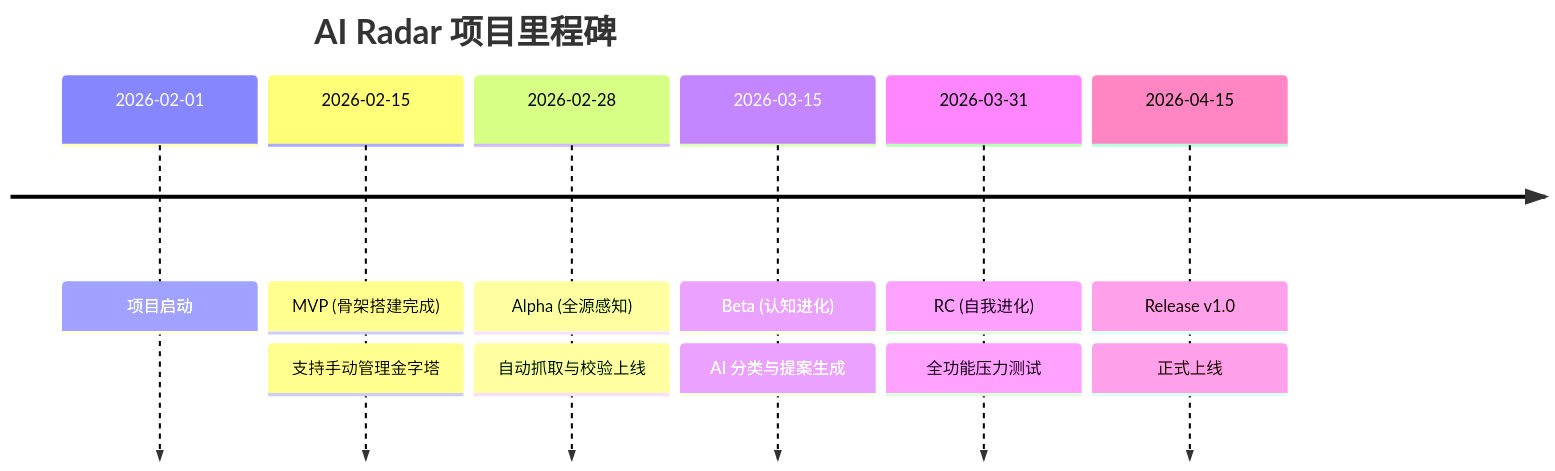
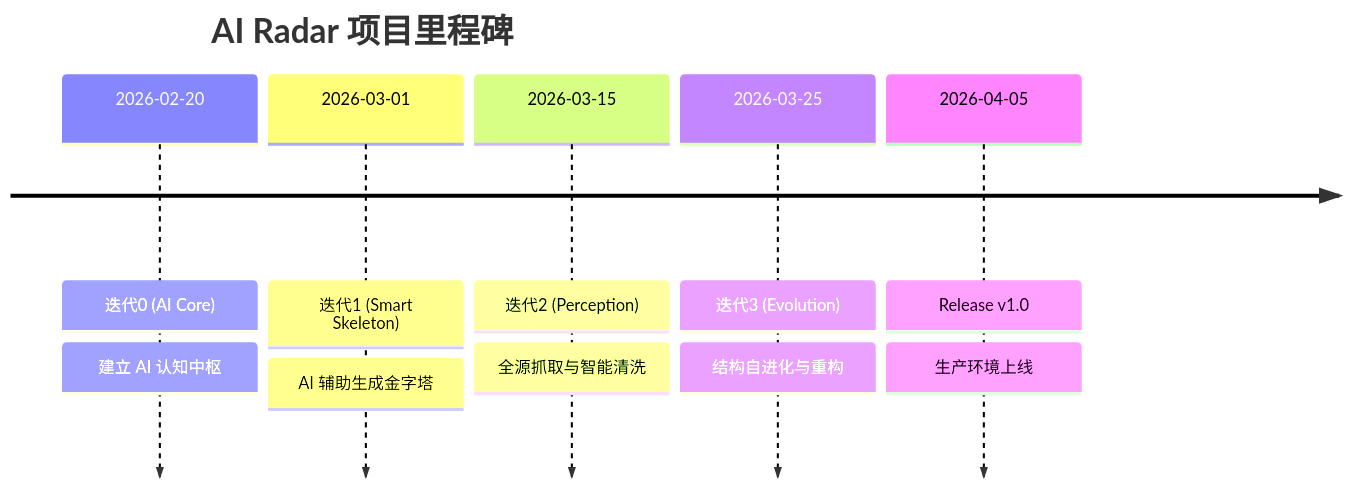
One commit to demo112/knowledge_Live_radar changed the second of 4 diagrams in docs/project-roadmap.md. Above: the diagram before and after it, drawn with Mermaid. The commit also changed other lines of this file and 84 other files, not shown here.

````diff
--- a/docs/project-roadmap.md
+++ b/docs/project-roadmap.md
@@ -34,15 +39,14 @@
 ```mermaid
 timeline
     title AI Radar 项目里程碑
-    2026-02-01 : 项目启动
-    2026-02-15 : MVP (骨架搭建完成)
-               : 支持手动管理金字塔
-    2026-02-28 : Alpha (全源感知)
-               : 自动抓取与校验上线
-    2026-03-15 : Beta (认知进化)
-               : AI 分类与提案生成
-    2026-03-31 : RC (自我进化)
-               : 全功能压力测试
-    2026-04-15 : Release v1.0
-               : 正式上线
+    2026-02-20 : 迭代0 (AI Core)
+               : 建立 AI 认知中枢
+    2026-03-01 : 迭代1 (Smart Skeleton)
+               : AI 辅助生成金字塔
+    2026-03-15 : 迭代2 (Perception)
+               : 全源抓取与智能清洗
+    2026-03-25 : 迭代3 (Evolution)
+               : 结构自进化与重构
+    2026-04-05 : Release v1.0
+               : 生产环境上线
 ```
````
